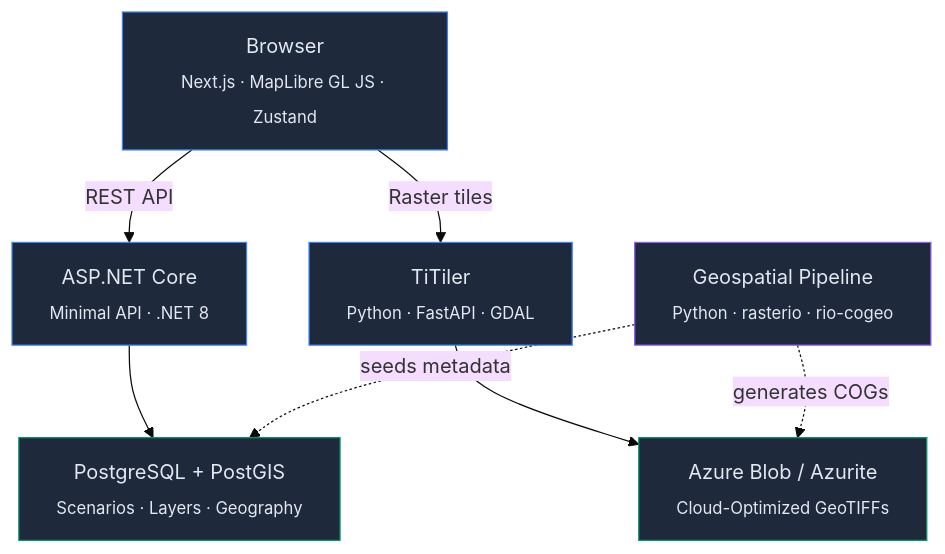
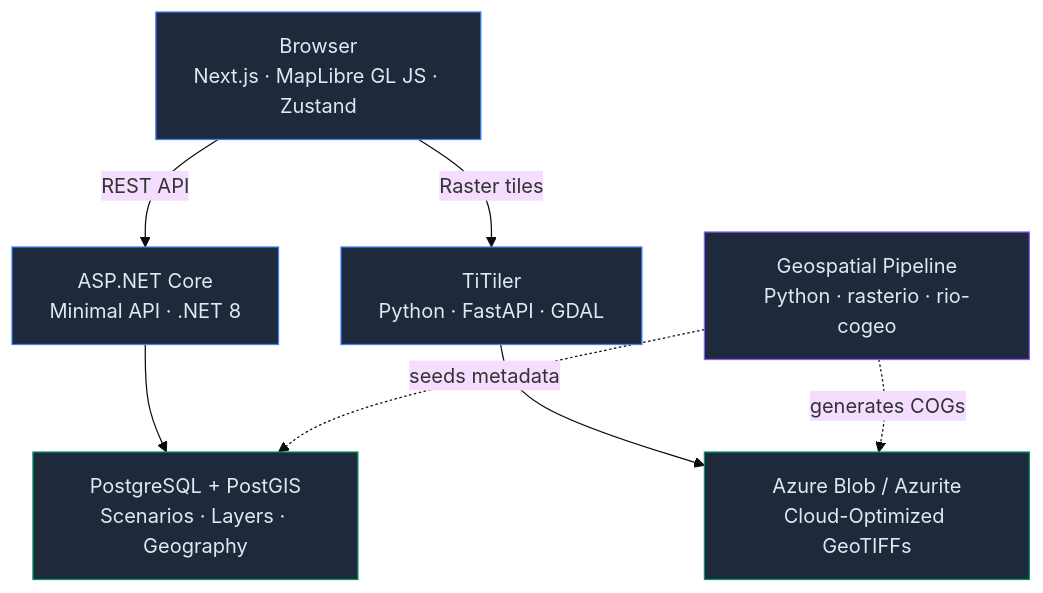
The diagram in README.md (artemsemdev/SeaRise-Europe), drawn with Mermaid (base theme) before and after one commit.

Commit message:
update doc readme.md

````diff
--- a/README.md
+++ b/README.md
@@ -35,20 +35,20 @@
 ```mermaid
 graph TD
-    Browser["Browser<br/><sub>Next.js · MapLibre GL JS · Zustand</sub>"]
+    Browser["Browser<br/>Next.js · MapLibre GL JS · Zustand"]
 
-    Browser -- "REST API" --> API["ASP.NET Core<br/><sub>Minimal API · .NET 8</sub>"]
-    Browser -- "Raster tiles" --> Tiler["TiTiler<br/><sub>Python · FastAPI · GDAL</sub>"]
+    Browser -- "REST API" --> API["ASP.NET Core<br/>Minimal API · .NET 8"]
+    Browser -- "Raster tiles" --> Tiler["TiTiler<br/>Python · FastAPI · GDAL"]
 
-    API --> DB["PostgreSQL + PostGIS<br/><sub>Scenarios · Layers · Geography</sub>"]
-    Tiler --> Blob["Azure Blob / Azurite<br/><sub>Cloud-Optimized GeoTIFFs</sub>"]
+    API --> DB["PostgreSQL + PostGIS<br/>Scenarios · Layers · Geography"]
+    Tiler --> Blob["Azure Blob / Azurite<br/>Cloud-Optimized GeoTIFFs"]
 
-    Pipeline["Geospatial Pipeline<br/><sub>Python · rasterio · rio-cogeo</sub>"] -.->|"generates COGs"| Blob
+    Pipeline["Geospatial Pipeline<br/>Python · rasterio · rio-cogeo"] -.->|"generates COGs"| Blob
     Pipeline -.->|"seeds metadata"| DB
 
     style Browser fill:#1e293b,stroke:#3b82f6,color:#e2e8f0
     style API fill:#1e293b,stroke:#3b82f6,color:#e2e8f0
     style Tiler fill:#1e293b,stroke:#3b82f6,color:#e2e8f0
     style DB fill:#1e293b,stroke:#059669,color:#e2e8f0
     style Blob fill:#1e293b,stroke:#059669,color:#e2e8f0
     style Pipeline fill:#1e293b,stroke:#8b5cf6,color:#e2e8f0
 ```
````
